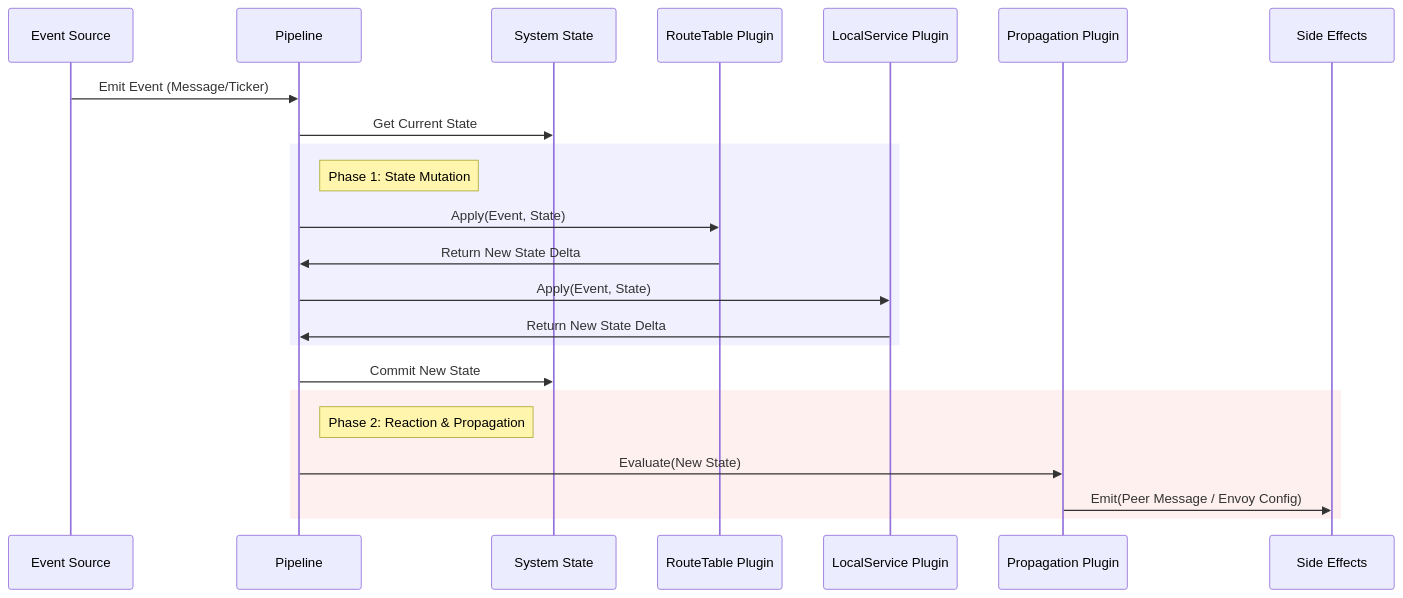
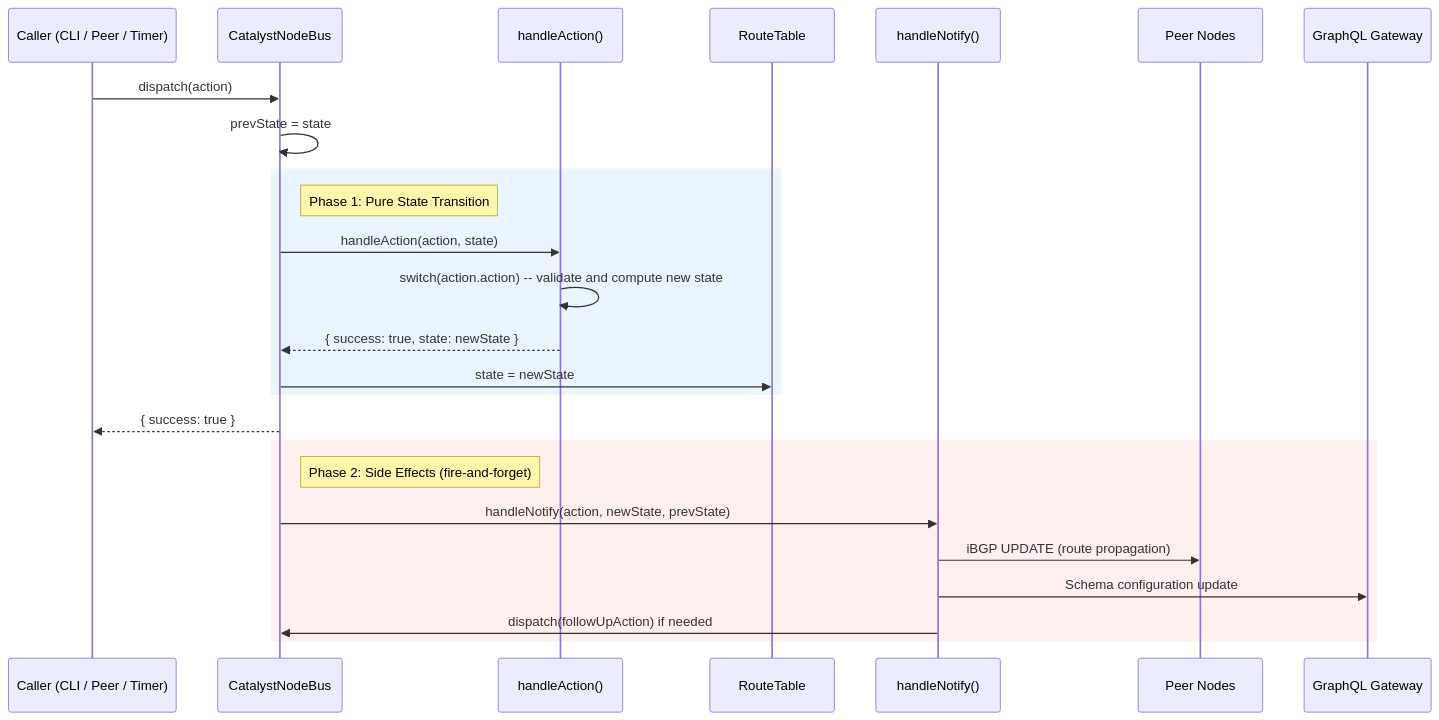
The fourth of 6 diagrams in ARCHITECTURE.md (orbisoperations/catalyst-router), drawn with Mermaid before and after one commit. The commit also changed other lines of this file and 2 other files, not shown here.

First line of the commit message:
docs: rewrite README, ARCHITECTURE, and add API design documentation

````diff
--- a/ARCHITECTURE.md
+++ b/ARCHITECTURE.md
@@ -84,29 +185,31 @@
 ```mermaid
 sequenceDiagram
-    participant Source as Event Source
-    participant PL as Pipeline
-    participant State as System State
-    participant Plug1 as RouteTable Plugin
-    participant Plug2 as LocalService Plugin
-    participant Plug3 as Propagation Plugin
-    participant SideEffect as Side Effects
+    participant Caller as Caller (CLI / Peer / Timer)
+    participant Bus as CatalystNodeBus
+    participant Action as handleAction()
+    participant State as RouteTable
+    participant Notify as handleNotify()
+    participant Peer as Peer Nodes
+    participant GW as GraphQL Gateway
 
-    Source->>PL: Emit Event (Message/Ticker)
-    PL->>State: Get Current State
+    Caller->>Bus: dispatch(action)
+    Bus->>Bus: prevState = state
 
-    rect rgb(240, 240, 255)
-        note right of PL: Phase 1: State Mutation
-        PL->>Plug1: Apply(Event, State)
-        Plug1->>PL: Return New State Delta
-        PL->>Plug2: Apply(Event, State)
-        Plug2->>PL: Return New State Delta
+    rect rgb(235, 245, 255)
+        note right of Bus: Phase 1: Pure State Transition
+        Bus->>Action: handleAction(action, state)
+        Action->>Action: switch(action.action) -- validate and compute new state
+        Action-->>Bus: { success: true, state: newState }
+        Bus->>State: state = newState
     end
 
-    PL->>State: Commit New State
+    Bus-->>Caller: { success: true }
 
     rect rgb(255, 240, 240)
-        note right of PL: Phase 2: Reaction & Propagation
-        PL->>Plug3: Evaluate(New State)
-        Plug3->>SideEffect: Emit(Peer Message / Envoy Config)
+        note right of Bus: Phase 2: Side Effects (fire-and-forget)
+        Bus->>Notify: handleNotify(action, newState, prevState)
+        Notify->>Peer: iBGP UPDATE (route propagation)
+        Notify->>GW: Schema configuration update
+        Notify->>Bus: dispatch(followUpAction) if needed
     end
 ```
````
